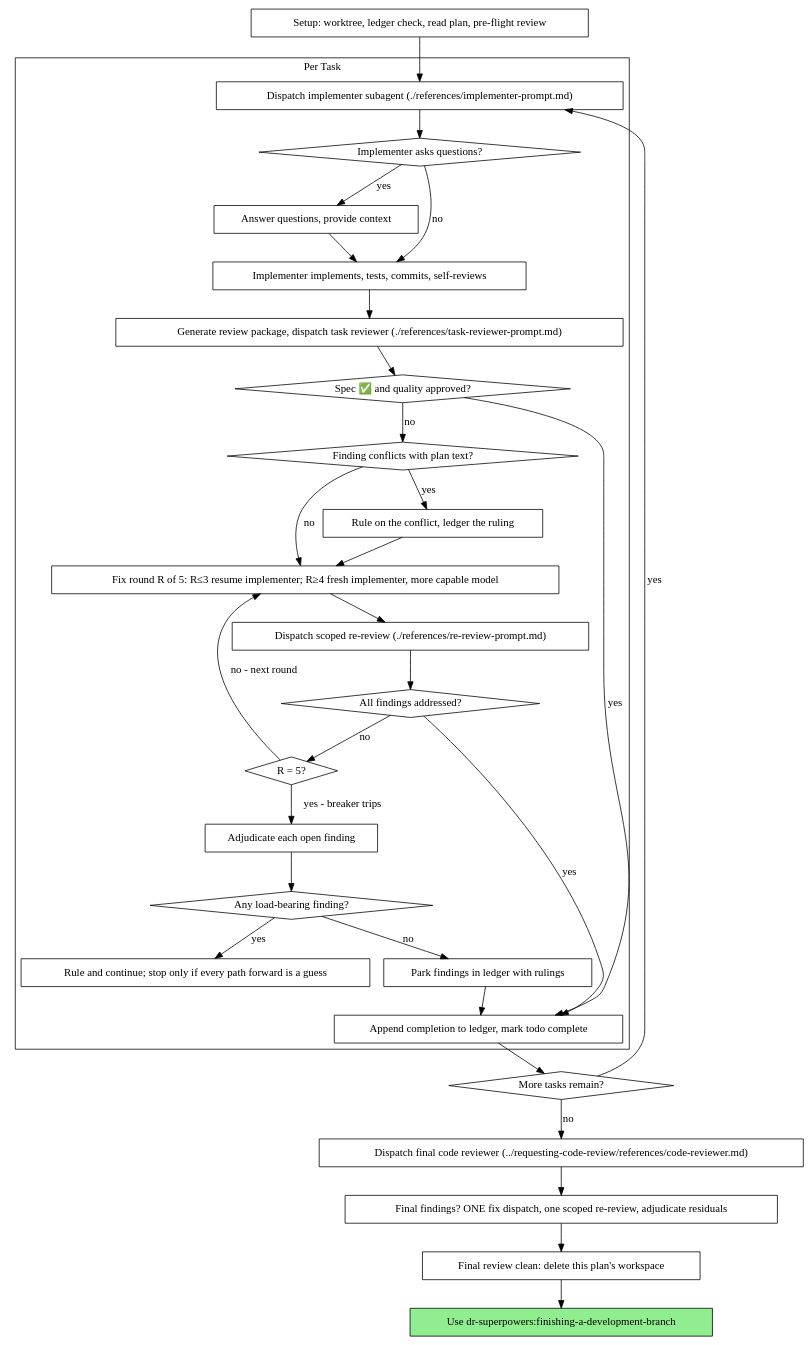
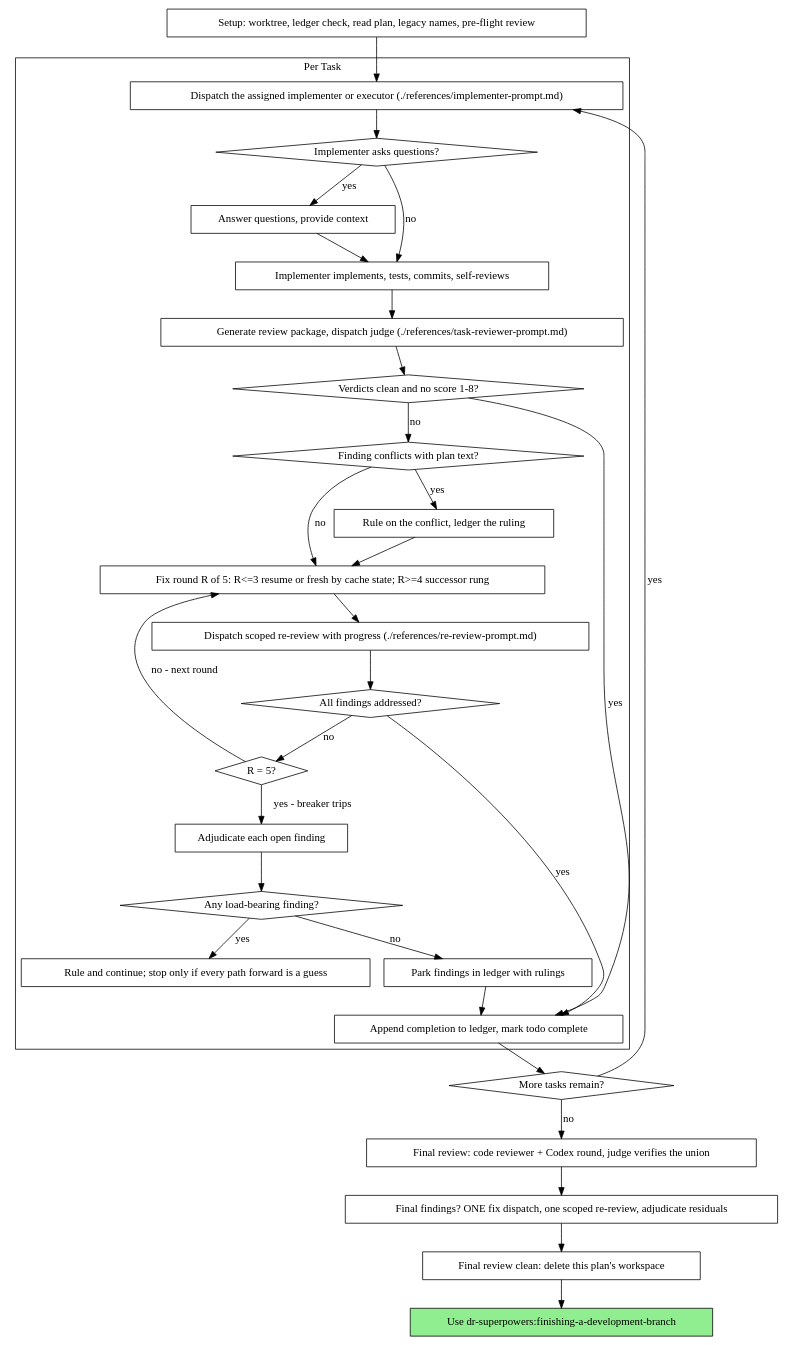
Before and after one commit to darkraise/darkraise-ai-plugins: the second of 2 diagrams in plugins/dr-superpowers/skills/subagent-driven-development/SKILL.md, drawn with Graphviz. The commit also changed other lines of this file, not shown here.

Commit message:
feat(superpowers): fold tiered dispatch into sdd

````diff
--- a/plugins/dr-superpowers/skills/subagent-driven-development/SKILL.md
+++ b/plugins/dr-superpowers/skills/subagent-driven-development/SKILL.md
@@ -71,62 +101,62 @@
 ```dot
 digraph process {
     rankdir=TB;
 
     subgraph cluster_per_task {
         label="Per Task";
-        "Dispatch implementer subagent (./references/implementer-prompt.md)" [shape=box];
+        "Dispatch the assigned implementer or executor (./references/implementer-prompt.md)" [shape=box];
         "Implementer asks questions?" [shape=diamond];
         "Answer questions, provide context" [shape=box];
         "Implementer implements, tests, commits, self-reviews" [shape=box];
-        "Generate review package, dispatch task reviewer (./references/task-reviewer-prompt.md)" [shape=box];
-        "Spec ✅ and quality approved?" [shape=diamond];
+        "Generate review package, dispatch judge (./references/task-reviewer-prompt.md)" [shape=box];
+        "Verdicts clean and no score 1-8?" [shape=diamond];
         "Finding conflicts with plan text?" [shape=diamond];
         "Rule on the conflict, ledger the ruling" [shape=box];
-        "Fix round R of 5: R≤3 resume implementer; R≥4 fresh implementer, more capable model" [shape=box];
-        "Dispatch scoped re-review (./references/re-review-prompt.md)" [shape=box];
+        "Fix round R of 5: R<=3 resume or fresh by cache state; R>=4 successor rung" [shape=box];
+        "Dispatch scoped re-review with progress (./references/re-review-prompt.md)" [shape=box];
         "All findings addressed?" [shape=diamond];
         "R = 5?" [shape=diamond];
         "Adjudicate each open finding" [shape=box];
         "Any load-bearing finding?" [shape=diamond];
         "Rule and continue; stop only if every path forward is a guess" [shape=box];
         "Park findings in ledger with rulings" [shape=box];
         "Append completion to ledger, mark todo complete" [shape=box];
     }
 
-    "Setup: worktree, ledger check, read plan, pre-flight review" [shape=box];
+    "Setup: worktree, ledger check, read plan, legacy names, pre-flight review" [shape=box];
     "More tasks remain?" [shape=diamond];
-    "Dispatch final code reviewer (../requesting-code-review/references/code-reviewer.md)" [shape=box];
+    "Final review: code reviewer + Codex round, judge verifies the union" [shape=box];
     "Final findings? ONE fix dispatch, one scoped re-review, adjudicate residuals" [shape=box];
     "Final review clean: delete this plan's workspace" [shape=box];
     "Use dr-superpowers:finishing-a-development-branch" [shape=box style=filled fillcolor=lightgreen];
 
-    "Setup: worktree, ledger check, read plan, pre-flight review" -> "Dispatch implementer subagent (./references/implementer-prompt.md)";
-    "Dispatch implementer subagent (./references/implementer-prompt.md)" -> "Implementer asks questions?";
+    "Setup: worktree, ledger check, read plan, legacy names, pre-flight review" -> "Dispatch the assigned implementer or executor (./references/implementer-prompt.md)";
+    "Dispatch the assigned implementer or executor (./references/implementer-prompt.md)" -> "Implementer asks questions?";
     "Implementer asks questions?" -> "Answer questions, provide context" [label="yes"];
     "Answer questions, provide context" -> "Implementer implements, tests, commits, self-reviews";
     "Implementer asks questions?" -> "Implementer implements, tests, commits, self-reviews" [label="no"];
-    "Implementer implements, tests, commits, self-reviews" -> "Generate review package, dispatch task reviewer (./references/task-reviewer-prompt.md)";
-    "Generate review package, dispatch task reviewer (./references/task-reviewer-prompt.md)" -> "Spec ✅ and quality approved?";
-    "Spec ✅ and quality approved?" -> "Append completion to ledger, mark todo complete" [label="yes"];
-    "Spec ✅ and quality approved?" -> "Finding conflicts with plan text?" [label="no"];
+    "Implementer implements, tests, commits, self-reviews" -> "Generate review package, dispatch judge (./references/task-reviewer-prompt.md)";
+    "Generate review package, dispatch judge (./references/task-reviewer-prompt.md)" -> "Verdicts clean and no score 1-8?";
+    "Verdicts clean and no score 1-8?" -> "Append completion to ledger, mark todo complete" [label="yes"];
+    "Verdicts clean and no score 1-8?" -> "Finding conflicts with plan text?" [label="no"];
     "Finding conflicts with plan text?" -> "Rule on the conflict, ledger the ruling" [label="yes"];
-    "Rule on the conflict, ledger the ruling" -> "Fix round R of 5: R≤3 resume implementer; R≥4 fresh implementer, more capable model";
-    "Finding conflicts with plan text?" -> "Fix round R of 5: R≤3 resume implementer; R≥4 fresh implementer, more capable model" [label="no"];
-    "Fix round R of 5: R≤3 resume implementer; R≥4 fresh implementer, more capable model" -> "Dispatch scoped re-review (./references/re-review-prompt.md)";
-    "Dispatch scoped re-review (./references/re-review-prompt.md)" -> "All findings addressed?";
+    "Rule on the conflict, ledger the ruling" -> "Fix round R of 5: R<=3 resume or fresh by cache state; R>=4 successor rung";
+    "Finding conflicts with plan text?" -> "Fix round R of 5: R<=3 resume or fresh by cache state; R>=4 successor rung" [label="no"];
+    "Fix round R of 5: R<=3 resume or fresh by cache state; R>=4 successor rung" -> "Dispatch scoped re-review with progress (./references/re-review-prompt.md)";
+    "Dispatch scoped re-review with progress (./references/re-review-prompt.md)" -> "All findings addressed?";
     "All findings addressed?" -> "Append completion to ledger, mark todo complete" [label="yes"];
     "All findings addressed?" -> "R = 5?" [label="no"];
-    "R = 5?" -> "Fix round R of 5: R≤3 resume implementer; R≥4 fresh implementer, more capable model" [label="no - next round"];
+    "R = 5?" -> "Fix round R of 5: R<=3 resume or fresh by cache state; R>=4 successor rung" [label="no - next round"];
     "R = 5?" -> "Adjudicate each open finding" [label="yes - breaker trips"];
     "Adjudicate each open finding" -> "Any load-bearing finding?";
     "Any load-bearing finding?" -> "Rule and continue; stop only if every path forward is a guess" [label="yes"];
     "Any load-bearing finding?" -> "Park findings in ledger with rulings" [label="no"];
     "Park findings in ledger with rulings" -> "Append completion to ledger, mark todo complete";
     "Append completion to ledger, mark todo complete" -> "More tasks remain?";
-    "More tasks remain?" -> "Dispatch implementer subagent (./references/implementer-prompt.md)" [label="yes"];
-    "More tasks remain?" -> "Dispatch final code reviewer (../requesting-code-review/references/code-reviewer.md)" [label="no"];
-    "Dispatch final code reviewer (../requesting-code-review/references/code-reviewer.md)" -> "Final findings? ONE fix dispatch, one scoped re-review, adjudicate residuals";
+    "More tasks remain?" -> "Dispatch the assigned implementer or executor (./references/implementer-prompt.md)" [label="yes"];
+    "More tasks remain?" -> "Final review: code reviewer + Codex round, judge verifies the union" [label="no"];
+    "Final review: code reviewer + Codex round, judge verifies the union" -> "Final findings? ONE fix dispatch, one scoped re-review, adjudicate residuals";
     "Final findings? ONE fix dispatch, one scoped re-review, adjudicate residuals" -> "Final review clean: delete this plan's workspace";
     "Final review clean: delete this plan's workspace" -> "Use dr-superpowers:finishing-a-development-branch";
 }
 ```
````
